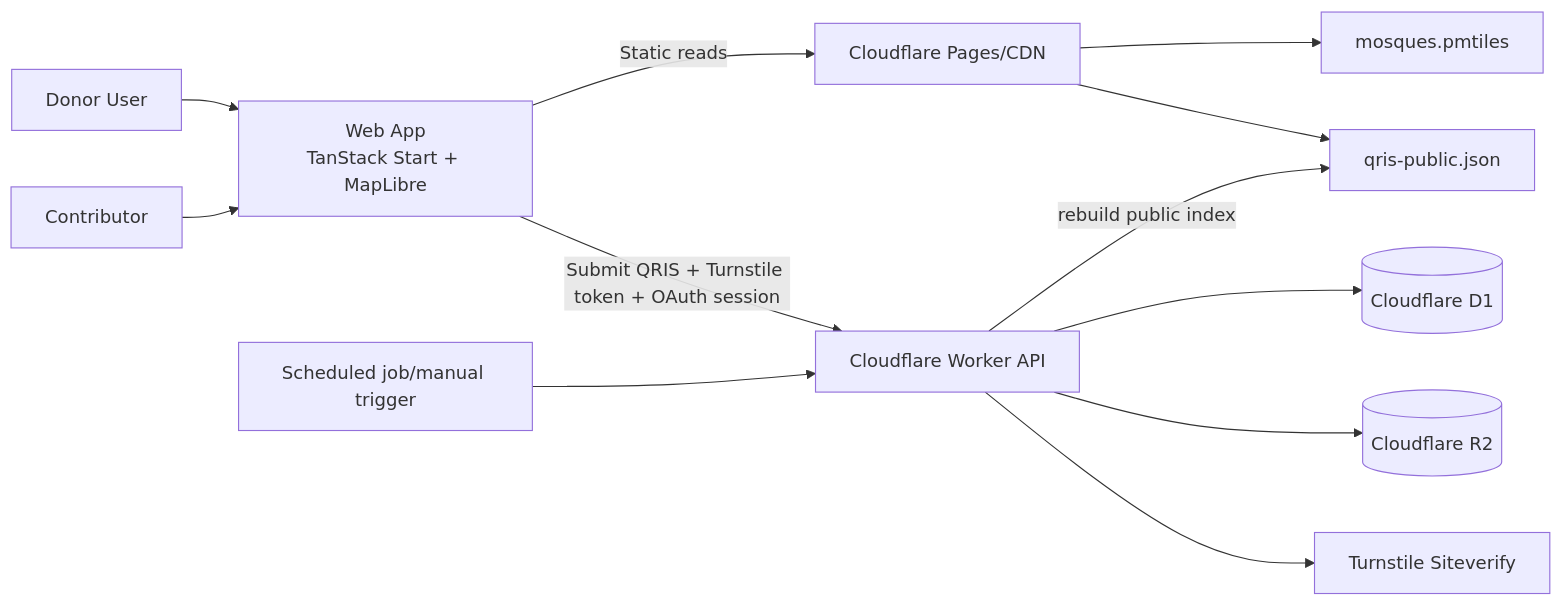
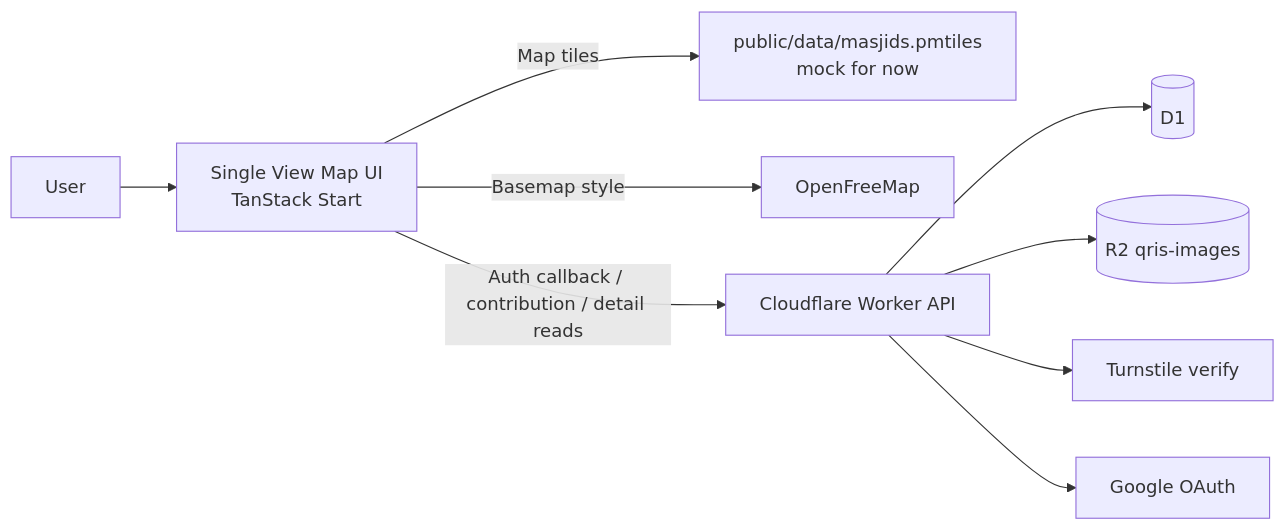
The first of 5 diagrams in docs/spec.md (radjathaher/qris-masjid), drawn with Mermaid before and after one commit. The commit also changed other lines of this file and 54 other files, not shown here.

Commit message:
feat: scaffold cloudflare mvp with fsd layout and modal map flow

````diff
--- a/docs/spec.md
+++ b/docs/spec.md
@@ -92,17 +91,13 @@
 ```mermaid
 flowchart LR
-  U[Donor User] --> FE[Web App\nTanStack Start + MapLibre]
-  C[Contributor] --> FE
+  U[User] --> FE[Single View Map UI\nTanStack Start]
 
-  FE -->|Static reads| CDN[Cloudflare Pages/CDN]
-  CDN --> PM[mosques.pmtiles]
-  CDN --> QJ[qris-public.json]
+  FE -->|Map tiles| PM[public/data/masjids.pmtiles\nmock for now]
+  FE -->|Basemap style| OFM[OpenFreeMap]
 
-  FE -->|Submit QRIS + Turnstile token + OAuth session| API[Cloudflare Worker API]
-  API --> D1[(Cloudflare D1)]
-  API --> R2[(Cloudflare R2)]
-  API --> TS[Turnstile Siteverify]
-
-  CRON[Scheduled job/manual trigger] --> API
-  API -->|rebuild public index| QJ
+  FE -->|Auth callback / contribution / detail reads| API[Cloudflare Worker API]
+  API --> D1[(D1)]
+  API --> R2[(R2 qris-images)]
+  API --> TS[Turnstile verify]
+  API --> GA[Google OAuth]
 ```
````
